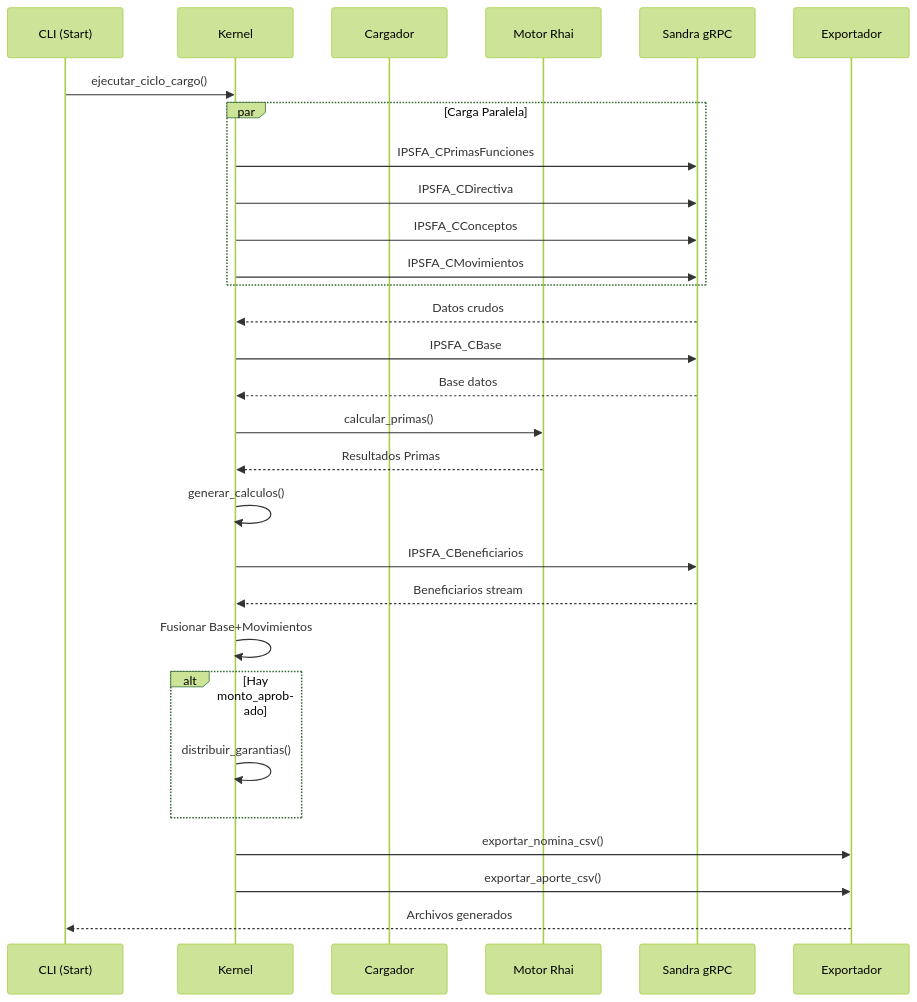
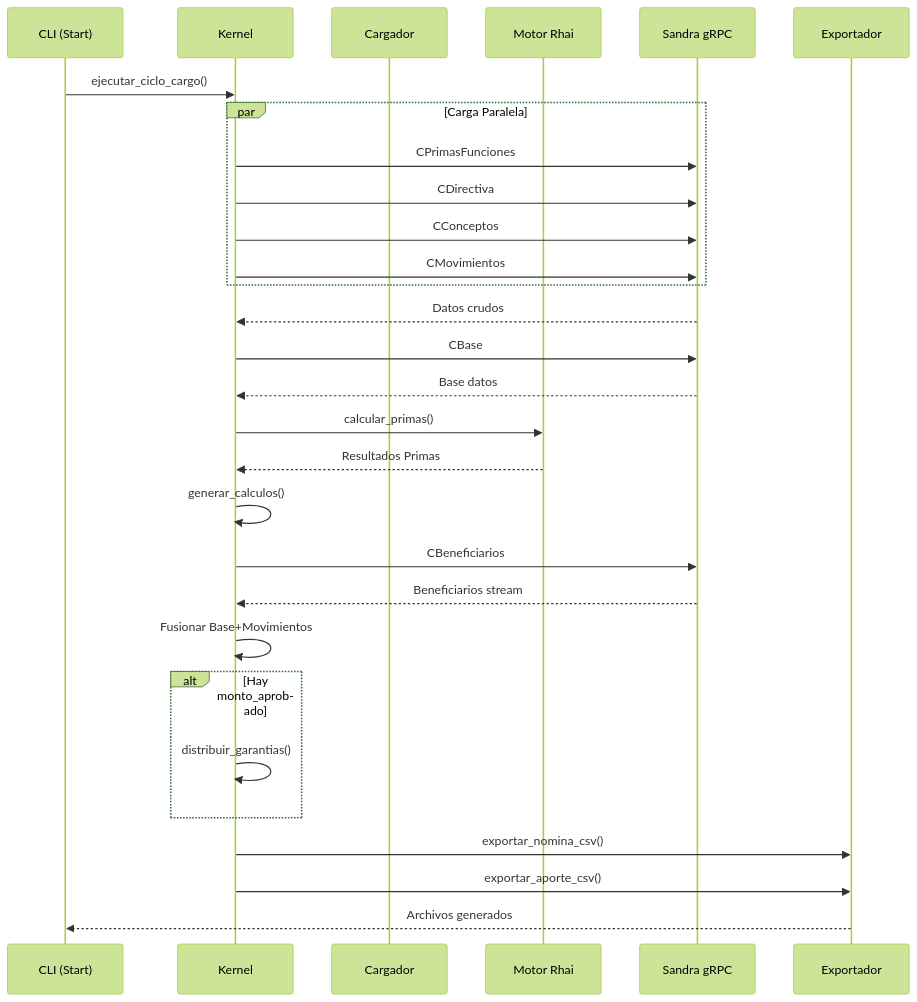
The third of 3 diagrams in README.md (code-epic/sandra.sentinel), drawn with Mermaid (forest theme) before and after one commit. The commit also changed other lines of this file and 11 other files, not shown here.

````diff
--- a/README.md
+++ b/README.md
@@ -281,42 +281,42 @@
 ```mermaid
 sequenceDiagram
     participant CLI as CLI (Start)
     participant K as Kernel
     participant C as Cargador
     participant M as Motor Rhai
     participant S as Sandra gRPC
     participant E as Exportador
 
     CLI->>K: ejecutar_ciclo_cargo()
     
     par Carga Paralela
-        K->>S: IPSFA_CPrimasFunciones
-        K->>S: IPSFA_CDirectiva
-        K->>S: IPSFA_CConceptos
-        K->>S: IPSFA_CMovimientos
+        K->>S: CPrimasFunciones
+        K->>S: CDirectiva
+        K->>S: CConceptos
+        K->>S: CMovimientos
     end
     
     S-->>K: Datos crudos
     
-    K->>S: IPSFA_CBase
+    K->>S: CBase
     S-->>K: Base datos
     
     K->>M: calcular_primas()
     M-->>K: Resultados Primas
     
     K->>K: generar_calculos()
     
-    K->>S: IPSFA_CBeneficiarios
+    K->>S: CBeneficiarios
     S-->>K: Beneficiarios stream
     
     K->>K: Fusionar Base+Movimientos
     
     alt Hay monto_aprobado
         K->>K: distribuir_garantias()
     end
     
     K->>E: exportar_nomina_csv()
     K->>E: exportar_aporte_csv()
     
     E-->>CLI: Archivos generados
 ```
````
